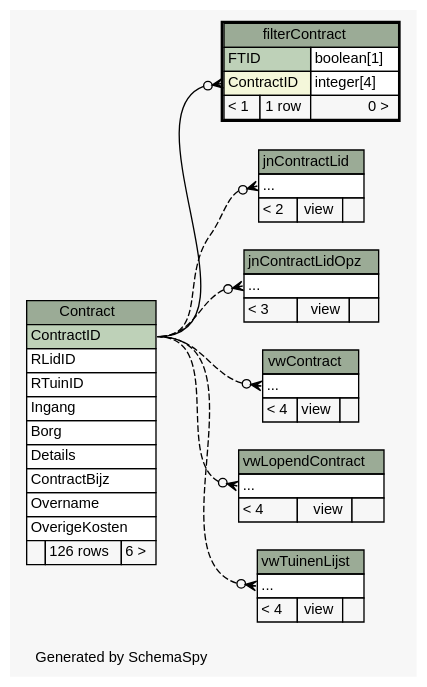
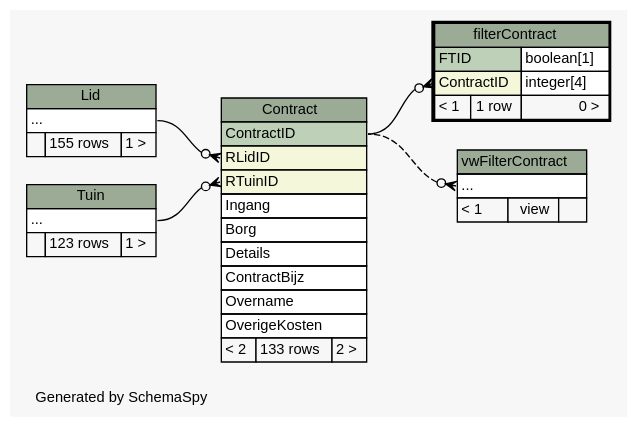
Before and after one commit to slspeek/ona-volkstuin: the diagram in db-schema-docs/diagrams/filterContract.implied2degrees.dot, drawn with Graphviz. The commit also changed 239 other files, not shown here.

Commit message:
Schema geupdate

```diff
--- a/db-schema-docs/diagrams/filterContract.implied2degrees.dot
+++ b/db-schema-docs/diagrams/filterContract.implied2degrees.dot
@@ -1,107 +1,85 @@
 // dot 2.40.1 on Linux 4.19.0-6-amd64
 // SchemaSpy rev 590
 digraph "impliedTwoDegreesRelationshipsDiagram" {
   graph [
     rankdir="RL"
     bgcolor="#f7f7f7"
     label="\nGenerated by SchemaSpy"
     labeljust="l"
     nodesep="0.18"
     ranksep="0.46"
     fontname="Helvetica"
     fontsize="11"
   ];
   node [
     fontname="Helvetica"
     fontsize="11"
     shape="plaintext"
   ];
   edge [
     arrowsize="0.8"
   ];
+  "Contract":"RLidID":w -> "Lid":"elipses":e [arrowhead=none dir=back arrowtail=crowodot];
+  "Contract":"RTuinID":w -> "Tuin":"elipses":e [arrowhead=none dir=back arrowtail=crowodot];
   "filterContract":"ContractID":w -> "Contract":"ContractID":e [arrowhead=none dir=back arrowtail=crowodot];
-  "jnContractLid":"elipses":w -> "Contract":"ContractID":e [arrowhead=none dir=back arrowtail=crowodot style=dashed];
-  "jnContractLidOpz":"elipses":w -> "Contract":"ContractID":e [arrowhead=none dir=back arrowtail=crowodot style=dashed];
-  "vwContract":"elipses":w -> "Contract":"ContractID":e [arrowhead=none dir=back arrowtail=crowodot style=dashed];
-  "vwLopendContract":"elipses":w -> "Contract":"ContractID":e [arrowhead=none dir=back arrowtail=crowodot style=dashed];
-  "vwTuinenLijst":"elipses":w -> "Contract":"ContractID":e [arrowhead=none dir=back arrowtail=crowodot style=dashed];
+  "vwFilterContract":"elipses":w -> "Contract":"ContractID":e [arrowhead=none dir=back arrowtail=crowodot style=dashed];
   "Contract" [
     label=<
     <TABLE BORDER="0" CELLBORDER="1" CELLSPACING="0" BGCOLOR="#ffffff">
       <TR><TD COLSPAN="3" BGCOLOR="#9bab96" ALIGN="CENTER">Contract</TD></TR>
       <TR><TD PORT="ContractID" COLSPAN="3" BGCOLOR="#bed1b8" ALIGN="LEFT">ContractID</TD></TR>
-      <TR><TD PORT="RLidID" COLSPAN="3" ALIGN="LEFT">RLidID</TD></TR>
-      <TR><TD PORT="RTuinID" COLSPAN="3" ALIGN="LEFT">RTuinID</TD></TR>
+      <TR><TD PORT="RLidID" COLSPAN="3" BGCOLOR="#f4f7da" ALIGN="LEFT">RLidID</TD></TR>
+      <TR><TD PORT="RTuinID" COLSPAN="3" BGCOLOR="#f4f7da" ALIGN="LEFT">RTuinID</TD></TR>
       <TR><TD PORT="Ingang" COLSPAN="3" ALIGN="LEFT">Ingang</TD></TR>
       <TR><TD PORT="Borg" COLSPAN="3" ALIGN="LEFT">Borg</TD></TR>
       <TR><TD PORT="Details" COLSPAN="3" ALIGN="LEFT">Details</TD></TR>
       <TR><TD PORT="ContractBijz" COLSPAN="3" ALIGN="LEFT">ContractBijz</TD></TR>
       <TR><TD PORT="Overname" COLSPAN="3" ALIGN="LEFT">Overname</TD></TR>
       <TR><TD PORT="OverigeKosten" COLSPAN="3" ALIGN="LEFT">OverigeKosten</TD></TR>
-      <TR><TD ALIGN="LEFT" BGCOLOR="#f7f7f7">  </TD><TD ALIGN="RIGHT" BGCOLOR="#f7f7f7">126 rows</TD><TD ALIGN="RIGHT" BGCOLOR="#f7f7f7">6 &gt;</TD></TR>
+      <TR><TD ALIGN="LEFT" BGCOLOR="#f7f7f7">&lt; 2</TD><TD ALIGN="RIGHT" BGCOLOR="#f7f7f7">133 rows</TD><TD ALIGN="RIGHT" BGCOLOR="#f7f7f7">2 &gt;</TD></TR>
     </TABLE>>
     URL="Contract.html"
     tooltip="Contract"
   ];
   "filterContract" [
     label=<
     <TABLE BORDER="2" CELLBORDER="1" CELLSPACING="0" BGCOLOR="#ffffff">
       <TR><TD COLSPAN="3" BGCOLOR="#9bab96" ALIGN="CENTER">filterContract</TD></TR>
       <TR><TD PORT="FTID" COLSPAN="2" BGCOLOR="#bed1b8" ALIGN="LEFT">FTID</TD><TD PORT="FTID.type" ALIGN="LEFT">boolean[1]</TD></TR>
       <TR><TD PORT="ContractID" COLSPAN="2" BGCOLOR="#f4f7da" ALIGN="LEFT">ContractID</TD><TD PORT="ContractID.type" ALIGN="LEFT">integer[4]</TD></TR>
       <TR><TD ALIGN="LEFT" BGCOLOR="#f7f7f7">&lt; 1</TD><TD ALIGN="RIGHT" BGCOLOR="#f7f7f7">1 row</TD><TD ALIGN="RIGHT" BGCOLOR="#f7f7f7">0 &gt;</TD></TR>
     </TABLE>>
     URL="filterContract.html"
     tooltip="filterContract"
   ];
-  "jnContractLid" [
+  "Lid" [
     label=<
     <TABLE BORDER="0" CELLBORDER="1" CELLSPACING="0" BGCOLOR="#ffffff">
-      <TR><TD COLSPAN="3" BGCOLOR="#9bab96" ALIGN="CENTER">jnContractLid</TD></TR>
+      <TR><TD COLSPAN="3" BGCOLOR="#9bab96" ALIGN="CENTER">Lid</TD></TR>
       <TR><TD PORT="elipses" COLSPAN="3" ALIGN="LEFT">...</TD></TR>
-      <TR><TD ALIGN="LEFT" BGCOLOR="#f7f7f7">&lt; 2</TD><TD ALIGN="RIGHT" BGCOLOR="#f7f7f7">view</TD><TD ALIGN="RIGHT" BGCOLOR="#f7f7f7">  </TD></TR>
+      <TR><TD ALIGN="LEFT" BGCOLOR="#f7f7f7">  </TD><TD ALIGN="RIGHT" BGCOLOR="#f7f7f7">155 rows</TD><TD ALIGN="RIGHT" BGCOLOR="#f7f7f7">1 &gt;</TD></TR>
     </TABLE>>
-    URL="jnContractLid.html"
-    tooltip="jnContractLid"
+    URL="Lid.html"
+    tooltip="Lid"
   ];
-  "jnContractLidOpz" [
+  "Tuin" [
     label=<
     <TABLE BORDER="0" CELLBORDER="1" CELLSPACING="0" BGCOLOR="#ffffff">
-      <TR><TD COLSPAN="3" BGCOLOR="#9bab96" ALIGN="CENTER">jnContractLidOpz</TD></TR>
+      <TR><TD COLSPAN="3" BGCOLOR="#9bab96" ALIGN="CENTER">Tuin</TD></TR>
       <TR><TD PORT="elipses" COLSPAN="3" ALIGN="LEFT">...</TD></TR>
-      <TR><TD ALIGN="LEFT" BGCOLOR="#f7f7f7">&lt; 3</TD><TD ALIGN="RIGHT" BGCOLOR="#f7f7f7">view</TD><TD ALIGN="RIGHT" BGCOLOR="#f7f7f7">  </TD></TR>
+      <TR><TD ALIGN="LEFT" BGCOLOR="#f7f7f7">  </TD><TD ALIGN="RIGHT" BGCOLOR="#f7f7f7">123 rows</TD><TD ALIGN="RIGHT" BGCOLOR="#f7f7f7">1 &gt;</TD></TR>
     </TABLE>>
-    URL="jnContractLidOpz.html"
-    tooltip="jnContractLidOpz"
+    URL="Tuin.html"
+    tooltip="Tuin"
   ];
-  "vwContract" [
+  "vwFilterContract" [
     label=<
     <TABLE BORDER="0" CELLBORDER="1" CELLSPACING="0" BGCOLOR="#ffffff">
-      <TR><TD COLSPAN="3" BGCOLOR="#9bab96" ALIGN="CENTER">vwContract</TD></TR>
+      <TR><TD COLSPAN="3" BGCOLOR="#9bab96" ALIGN="CENTER">vwFilterContract</TD></TR>
       <TR><TD PORT="elipses" COLSPAN="3" ALIGN="LEFT">...</TD></TR>
-      <TR><TD ALIGN="LEFT" BGCOLOR="#f7f7f7">&lt; 4</TD><TD ALIGN="RIGHT" BGCOLOR="#f7f7f7">view</TD><TD ALIGN="RIGHT" BGCOLOR="#f7f7f7">  </TD></TR>
+      <TR><TD ALIGN="LEFT" BGCOLOR="#f7f7f7">&lt; 1</TD><TD ALIGN="RIGHT" BGCOLOR="#f7f7f7">view</TD><TD ALIGN="RIGHT" BGCOLOR="#f7f7f7">  </TD></TR>
     </TABLE>>
-    URL="vwContract.html"
-    tooltip="vwContract"
-  ];
-  "vwLopendContract" [
-    label=<
-    <TABLE BORDER="0" CELLBORDER="1" CELLSPACING="0" BGCOLOR="#ffffff">
-      <TR><TD COLSPAN="3" BGCOLOR="#9bab96" ALIGN="CENTER">vwLopendContract</TD></TR>
-      <TR><TD PORT="elipses" COLSPAN="3" ALIGN="LEFT">...</TD></TR>
-      <TR><TD ALIGN="LEFT" BGCOLOR="#f7f7f7">&lt; 4</TD><TD ALIGN="RIGHT" BGCOLOR="#f7f7f7">view</TD><TD ALIGN="RIGHT" BGCOLOR="#f7f7f7">  </TD></TR>
-    </TABLE>>
-    URL="vwLopendContract.html"
-    tooltip="vwLopendContract"
-  ];
-  "vwTuinenLijst" [
-    label=<
-    <TABLE BORDER="0" CELLBORDER="1" CELLSPACING="0" BGCOLOR="#ffffff">
-      <TR><TD COLSPAN="3" BGCOLOR="#9bab96" ALIGN="CENTER">vwTuinenLijst</TD></TR>
-      <TR><TD PORT="elipses" COLSPAN="3" ALIGN="LEFT">...</TD></TR>
-      <TR><TD ALIGN="LEFT" BGCOLOR="#f7f7f7">&lt; 4</TD><TD ALIGN="RIGHT" BGCOLOR="#f7f7f7">view</TD><TD ALIGN="RIGHT" BGCOLOR="#f7f7f7">  </TD></TR>
-    </TABLE>>
-    URL="vwTuinenLijst.html"
-    tooltip="vwTuinenLijst"
+    URL="vwFilterContract.html"
+    tooltip="vwFilterContract"
   ];
 }
```
